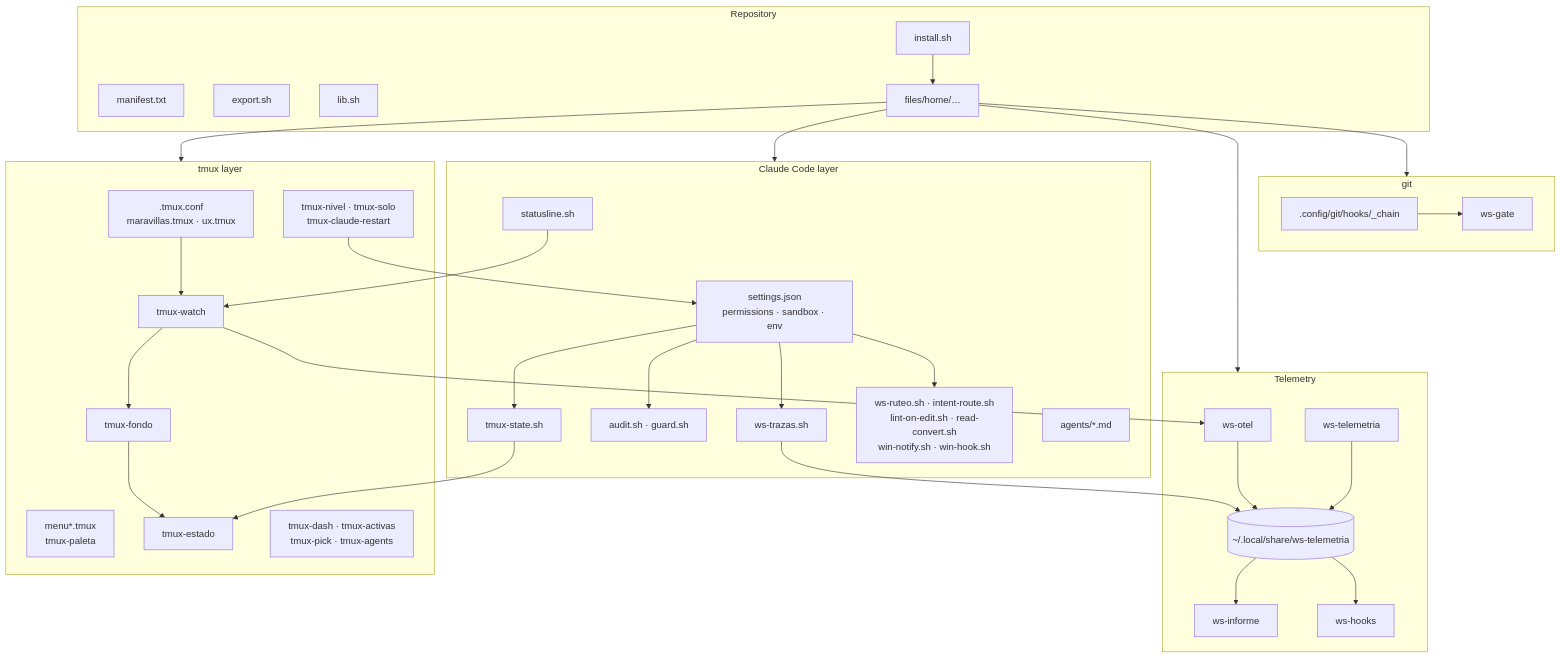
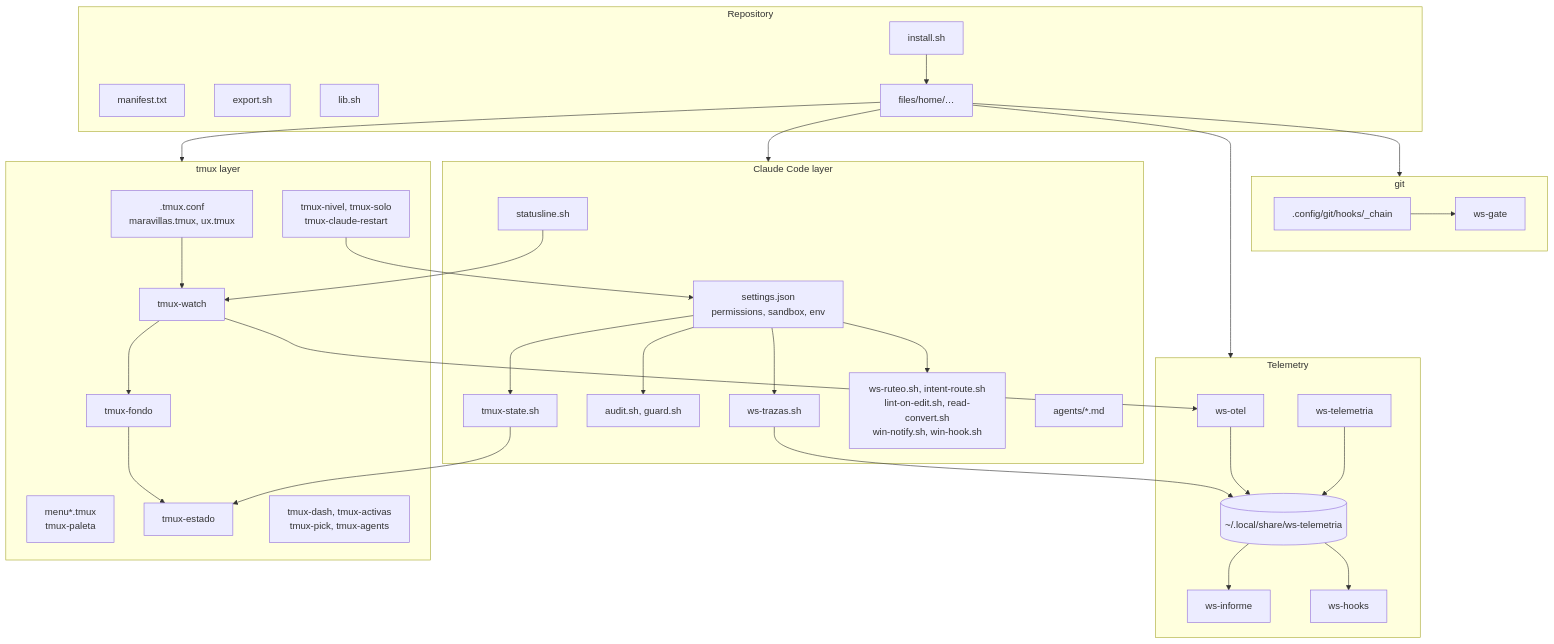
The second of 8 diagrams in docs/architecture.md (andreshma/claude-workstation), drawn with Mermaid before and after one commit. The commit also changed other lines of this file and 23 other files, not shown here.

````diff
--- a/docs/architecture.md
+++ b/docs/architecture.md
@@ -61,56 +67,56 @@
 ```mermaid
 flowchart TB
-  subgraph kit[Repository]
-    manifest[manifest.txt]
-    exp[export.sh]
-    inst[install.sh]
-    lib[lib.sh]
-    payload[files/home/…]
+  subgraph kit["Repository"]
+    manifest["manifest.txt"]
+    exp["export.sh"]
+    inst["install.sh"]
+    lib["lib.sh"]
+    payload["files/home/…"]
   end
 
-  subgraph tmuxl[tmux layer]
-    conf[.tmux.conf<br/>maravillas.tmux · ux.tmux]
+  subgraph tmuxl["tmux layer"]
+    conf[".tmux.conf<br/>maravillas.tmux, ux.tmux"]
     menus["menu*.tmux<br/>tmux-paleta"]
-    watch[tmux-watch]
-    fondo[tmux-fondo]
-    estado[tmux-estado]
-    views[tmux-dash · tmux-activas<br/>tmux-pick · tmux-agents]
-    levels[tmux-nivel · tmux-solo<br/>tmux-claude-restart]
+    watch["tmux-watch"]
+    fondo["tmux-fondo"]
+    estado["tmux-estado"]
+    views["tmux-dash, tmux-activas<br/>tmux-pick, tmux-agents"]
+    levels["tmux-nivel, tmux-solo<br/>tmux-claude-restart"]
   end
 
-  subgraph claudel[Claude Code layer]
-    settings[settings.json<br/>permissions · sandbox · env]
-    state[tmux-state.sh]
-    guard[audit.sh · guard.sh]
-    trazas[ws-trazas.sh]
-    other[ws-ruteo.sh · intent-route.sh<br/>lint-on-edit.sh · read-convert.sh<br/>win-notify.sh · win-hook.sh]
-    sl[statusline.sh]
+  subgraph claudel["Claude Code layer"]
+    settings["settings.json<br/>permissions, sandbox, env"]
+    state["tmux-state.sh"]
+    guard["audit.sh, guard.sh"]
+    trazas["ws-trazas.sh"]
+    other["ws-ruteo.sh, intent-route.sh<br/>lint-on-edit.sh, read-convert.sh<br/>win-notify.sh, win-hook.sh"]
+    sl["statusline.sh"]
     agents["agents/*.md"]
   end
 
-  subgraph telem[Telemetry]
-    otel[ws-otel]
-    wst[ws-telemetria]
-    informe[ws-informe]
-    hooksum[ws-hooks]
-    data[(~/.local/share/ws-telemetria)]
+  subgraph telem["Telemetry"]
+    otel["ws-otel"]
+    wst["ws-telemetria"]
+    informe["ws-informe"]
+    hooksum["ws-hooks"]
+    data[("~/.local/share/ws-telemetria")]
   end
 
-  subgraph gitl[git]
-    chain[.config/git/hooks/_chain]
-    gate[ws-gate]
+  subgraph gitl["git"]
+    chain[".config/git/hooks/_chain"]
+    gate["ws-gate"]
   end
 
   inst --> payload --> tmuxl & claudel & telem & gitl
   conf --> watch --> fondo --> estado
   watch --> otel
   settings --> state & guard & trazas & other
   state --> estado
   sl --> watch
   trazas --> data
   otel --> data
   wst --> data
   data --> informe & hooksum
   levels --> settings
   chain --> gate
 ```
````
